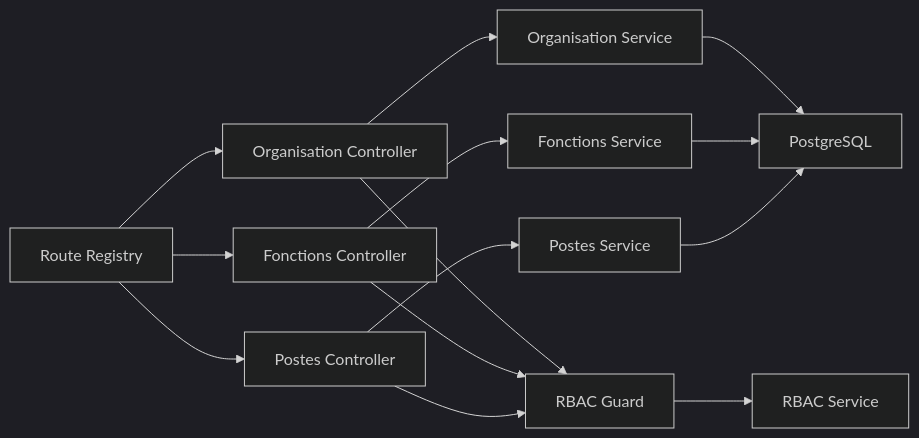
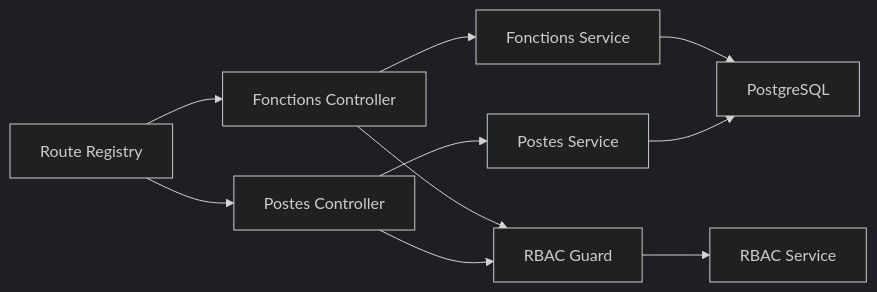
The seventh of 7 diagrams in .qoder/repowiki/en/content/Human Resources Management/Personnel Administration/Organizational Structure.md (franckylab/eLISAschool), drawn with Mermaid (dark theme) before and after one commit. The commit also changed other lines of this file and 483 other files, not shown here.

````diff
--- a/.qoder/repowiki/en/content/Human Resources Management/Personnel Administration/Organizational Structure.md
+++ b/.qoder/repowiki/en/content/Human Resources Management/Personnel Administration/Organizational Structure.md
@@ -336,16 +287,12 @@
 ```mermaid
 graph LR
-Route["Route Registry"] --> OrgCtrl["Organisation Controller"]
-Route --> FonCtrl["Fonctions Controller"]
+Route["Route Registry"] --> FonCtrl["Fonctions Controller"]
 Route --> PostCtrl["Postes Controller"]
-OrgCtrl --> OrgSvc["Organisation Service"]
 FonCtrl --> FonSvc["Fonctions Service"]
 PostCtrl --> PostSvc["Postes Service"]
-OrgSvc --> DB["PostgreSQL"]
-FonSvc --> DB
+FonSvc --> DB["PostgreSQL"]
 PostSvc --> DB
-OrgCtrl --> RbacGuard["RBAC Guard"]
-FonCtrl --> RbacGuard
+FonCtrl --> RbacGuard["RBAC Guard"]
 PostCtrl --> RbacGuard
 RbacGuard --> RbacSvc["RBAC Service"]
 ```
````
